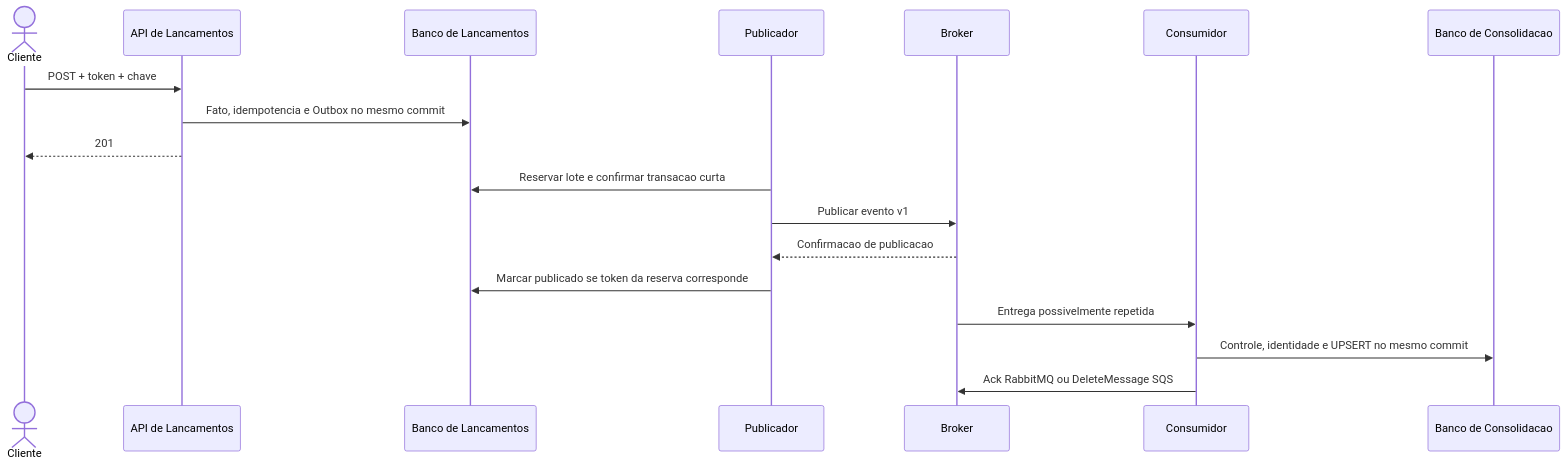
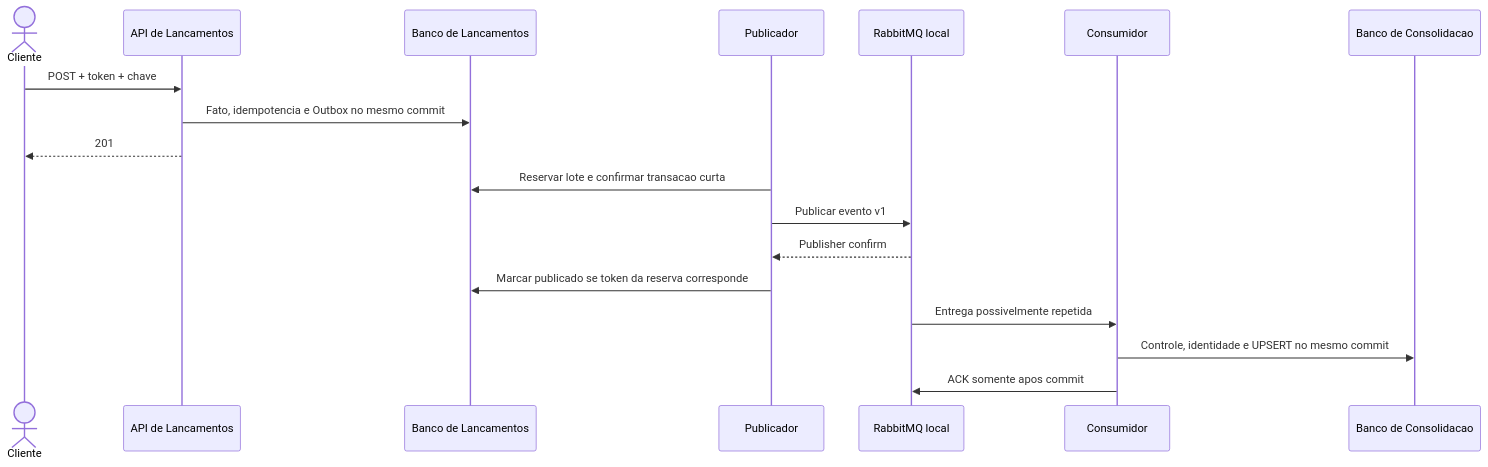
One commit to ThiagoFerraciolli/cash-flow-architecture changed the diagram in docs/04-visoes/visao-integracao.md. Above: the diagram before and after it, drawn with Mermaid. The commit also changed other lines of this file, not shown here.

Commit message:
docs: distinguish RabbitMQ execution from future SQS integration

````diff
--- a/docs/04-visoes/visao-integracao.md
+++ b/docs/04-visoes/visao-integracao.md
@@ -9,20 +9,20 @@
 ```mermaid
 sequenceDiagram
     actor U as Cliente
     participant A as API de Lancamentos
     participant T as Banco de Lancamentos
     participant P as Publicador
-    participant Q as Broker
+    participant Q as RabbitMQ local
     participant W as Consumidor
     participant C as Banco de Consolidacao
     U->>A: POST + token + chave
     A->>T: Fato, idempotencia e Outbox no mesmo commit
     A-->>U: 201
     P->>T: Reservar lote e confirmar transacao curta
     P->>Q: Publicar evento v1
-    Q-->>P: Confirmacao de publicacao
+    Q-->>P: Publisher confirm
     P->>T: Marcar publicado se token da reserva corresponde
     Q->>W: Entrega possivelmente repetida
     W->>C: Controle, identidade e UPSERT no mesmo commit
-    W->>Q: Ack RabbitMQ ou DeleteMessage SQS
+    W->>Q: ACK somente apos commit
 ```
````
